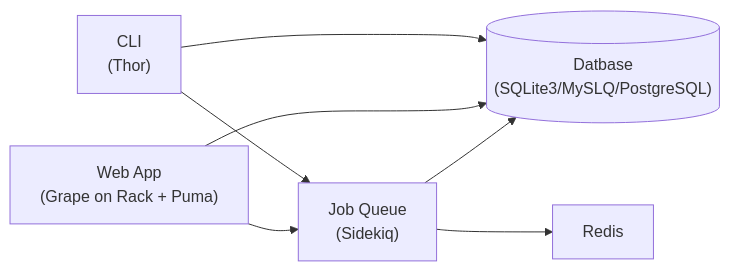
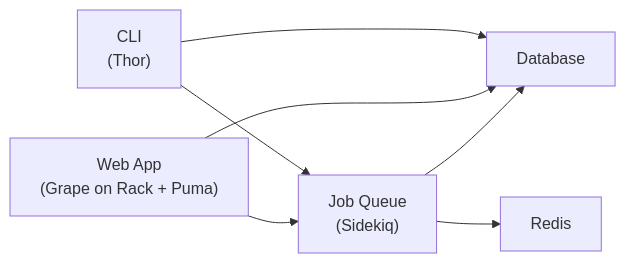
Before and after one commit to ninoseki/mihari: the second of 2 diagrams in docs/overview.md, drawn with Mermaid. The commit also changed other lines of this file and 8 other files, not shown here.

````diff
--- a/docs/overview.md
+++ b/docs/overview.md
@@ -19,9 +19,9 @@
 ```mermaid
 flowchart LR
-    CLI["CLI\n(Thor)"] --> Database[("Datbase\n(SQLite3/MySLQ/PostgreSQL)")]
+    CLI["CLI\n(Thor)"] --> Database
     CLI --> Sidekiq
     Web["Web App\n(Grape on Rack + Puma)"] --> Database
     Web --> Sidekiq["Job Queue\n(Sidekiq)"]
     Sidekiq --> Database
     Sidekiq --> Redis
 ```
````
